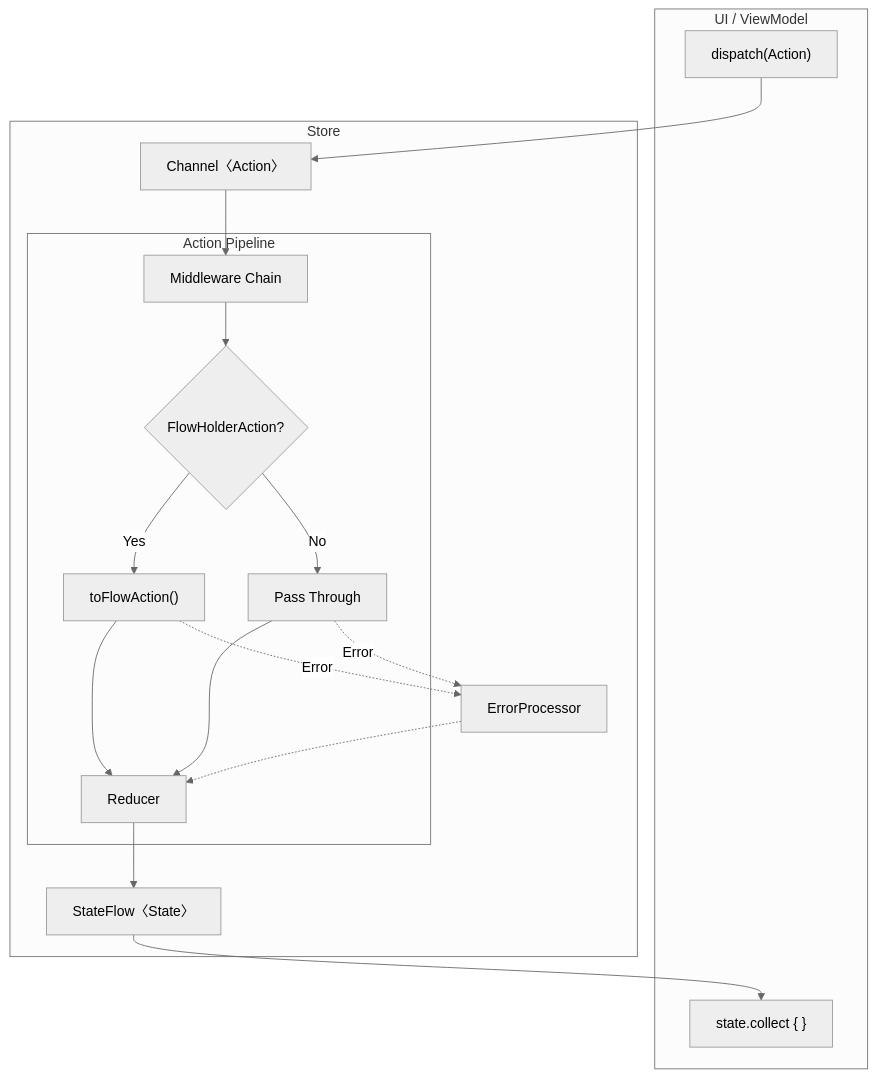
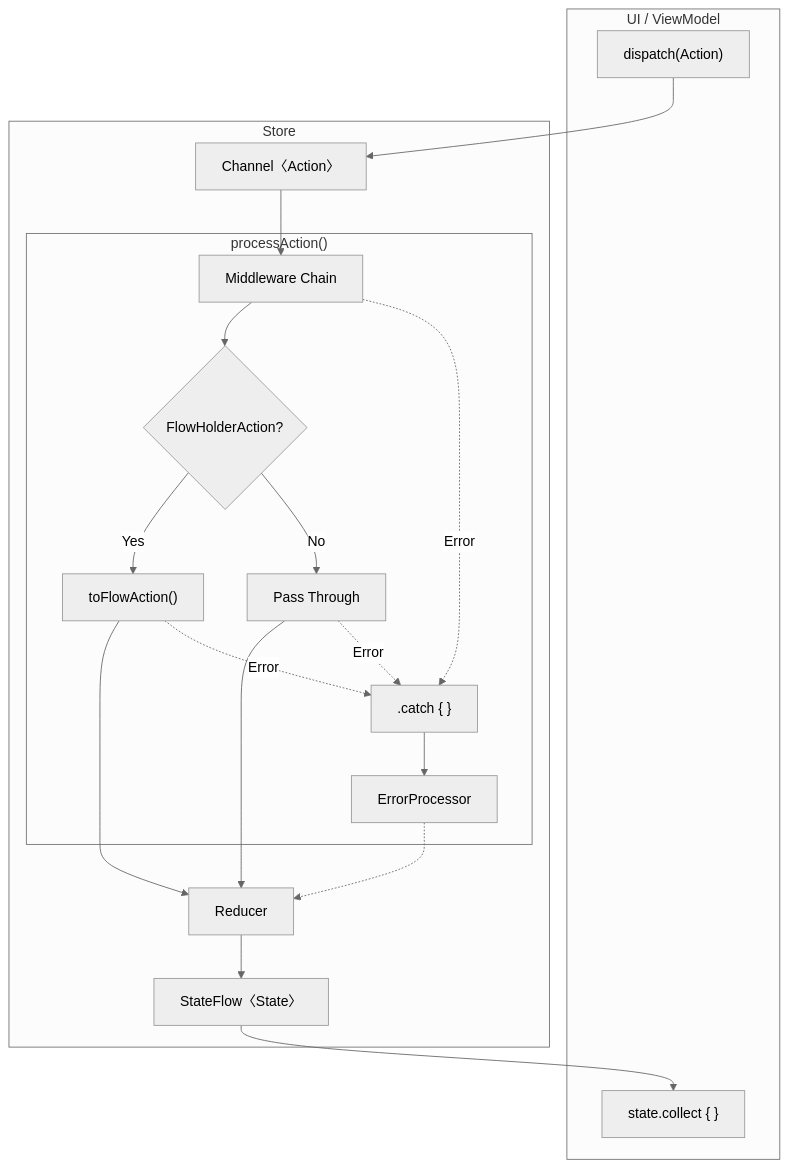
The diagram in README.md (chibimoons/flowdux), drawn with Mermaid (neutral theme) before and after one commit.

Commit message:
Fix architecture diagram: wrap processAction scope
- Add processAction() subgraph containing middleware, flowHolder, errorProcessor
- Reducer is outside processAction (matches code structure)
- Show .catch {} block explicitly catching errors from entire chain
- Normal flow: solid lines to Reducer
- Error flow: dotted lines through .catch {} and ErrorProcessor

🤖 Generated with [Claude Code](https://claude.com/claude-code)

````diff
--- a/README.md
+++ b/README.md
@@ -17,35 +17,38 @@
 ```mermaid
 flowchart TB
     subgraph UI["UI / ViewModel"]
         dispatch["dispatch(Action)"]
         observe["state.collect { }"]
     end
 
     subgraph Store["Store"]
         channel["Channel〈Action〉"]
 
-        subgraph Pipeline["Action Pipeline"]
+        subgraph processAction["processAction()"]
             middleware["Middleware Chain"]
             flowHolder{"FlowHolderAction?"}
             toFlow["toFlowAction()"]
             pass["Pass Through"]
-            reducer["Reducer"]
+            catchBlock[".catch { }"]
+            errorProc["ErrorProcessor"]
         end
 
-        errorProc["ErrorProcessor"]
+        reducer["Reducer"]
         stateFlow["StateFlow〈State〉"]
     end
 
     dispatch --> channel
     channel --> middleware
     middleware --> flowHolder
     flowHolder -->|Yes| toFlow
     flowHolder -->|No| pass
     toFlow --> reducer
     pass --> reducer
-    toFlow -.->|Error| errorProc
-    pass -.->|Error| errorProc
+    middleware -.->|Error| catchBlock
+    toFlow -.->|Error| catchBlock
+    pass -.->|Error| catchBlock
+    catchBlock --> errorProc
     errorProc -.-> reducer
     reducer --> stateFlow
     stateFlow --> observe
 ```
````
